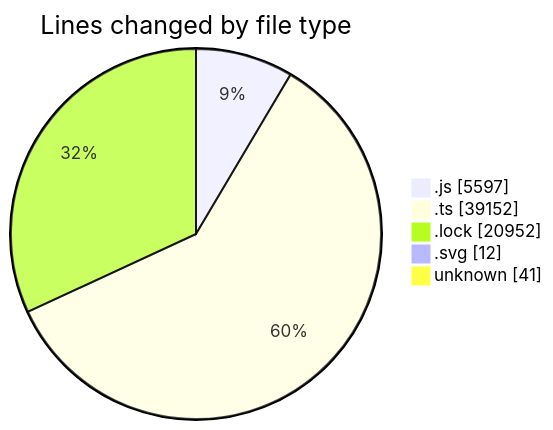
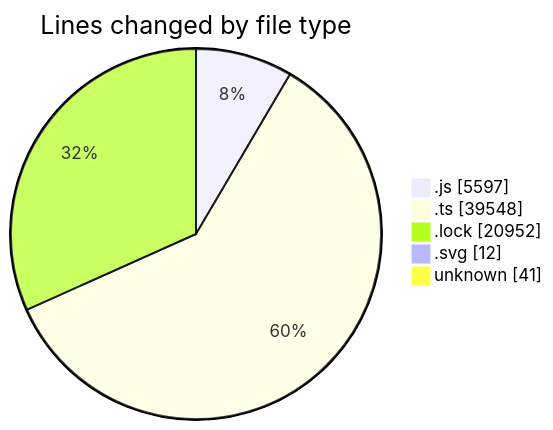
One commit to momahboobian/code-tracking changed the first of 2 diagrams in 2025-08-12/cda/README.md. Above: the diagram before and after it, drawn with Mermaid. The commit also changed other lines of this file and 1 other file, not shown here.

````diff
--- a/2025-08-12/cda/README.md
+++ b/2025-08-12/cda/README.md
@@ -43,9 +44,9 @@
 ```mermaid
 pie showData
 title Lines changed by file type
 ".js" : 5597
-".ts" : 39152
+".ts" : 39548
 ".lock" : 20952
 ".svg" : 12
 "unknown" : 41
 ```
````
